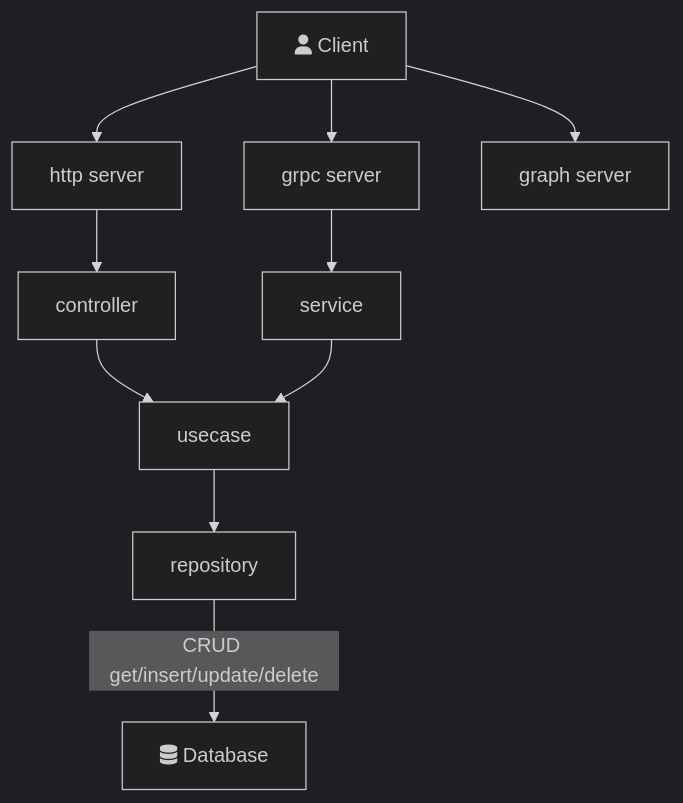
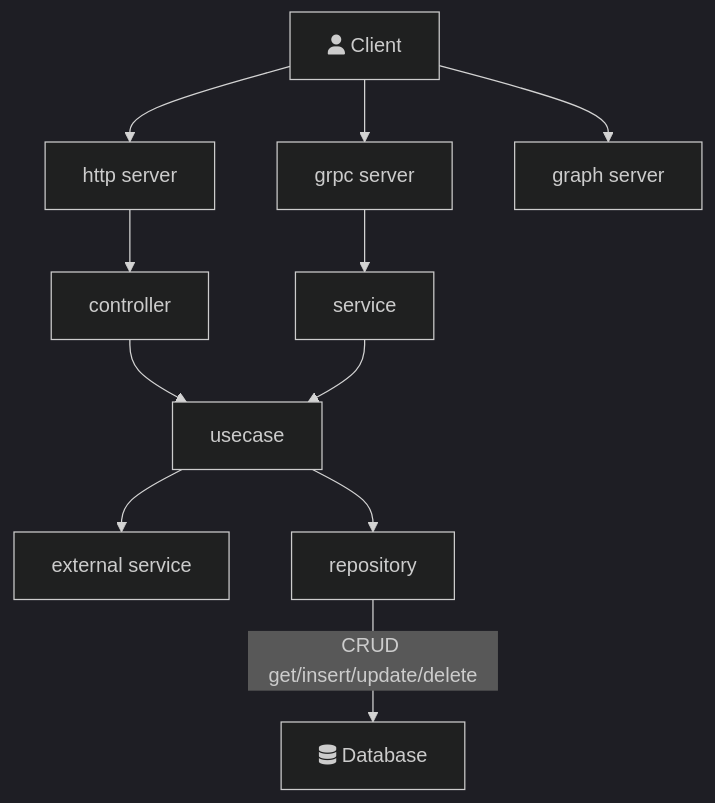
Before and after one commit to GoFarsi/clean-layout: the diagram in README.md, drawn with Mermaid (dark theme).

Commit message:
add: external service in usecase

````diff
--- a/README.md
+++ b/README.md
@@ -5,16 +5,17 @@
 ```mermaid
 graph TD
 A[fa:fa-user Client]
 A --> B[http server]
 A --> C[grpc server]
 A --> D[graph server]
 
 B --> E[controller]
 C --> F[service]
 E --> G[usecase]
 F --> G[usecase]
 
+G --> J[external service]
 G --> H[repository]
 H --> |CRUD get/insert/update/delete| I[fa:fa-database Database]
   
 ```
````
